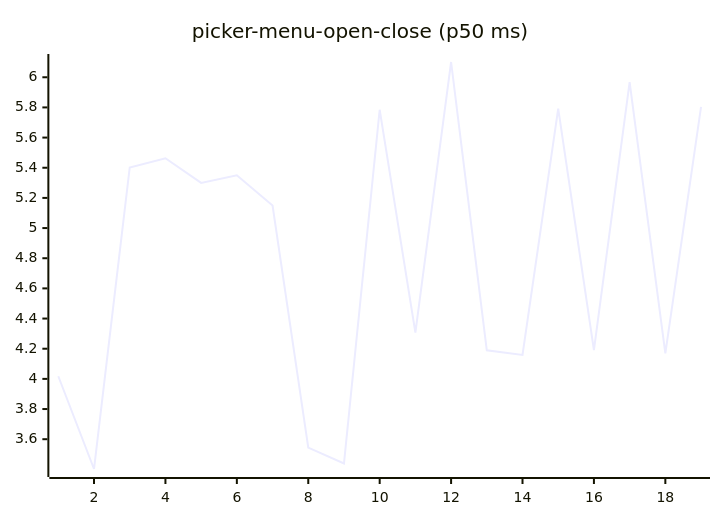
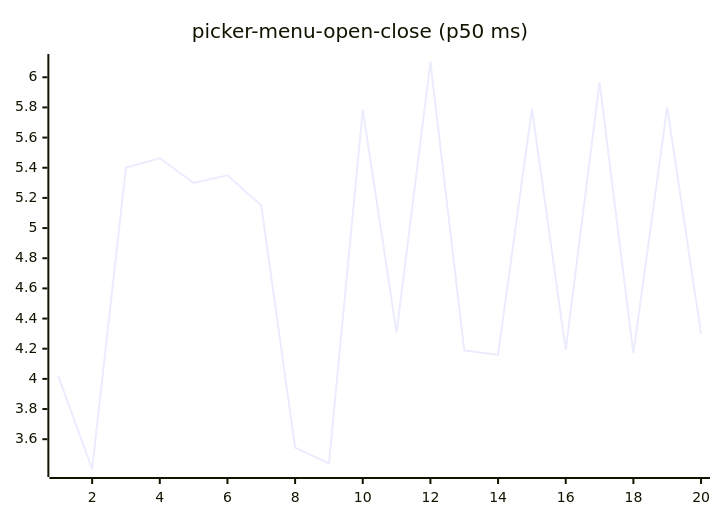
Diagram 16 of 27 in README.md (josha/Facet), drawn with Mermaid before and after one commit. The commit also changed other lines of this file and 2 other files, not shown here.

````diff
--- a/README.md
+++ b/README.md
@@ -168,6 +168,6 @@
 ```mermaid
 xychart-beta
     title "picker-menu-open-close (p50 ms)"
-    x-axis 1 --> 19
-    line [4.0174, 3.4024, 5.4017, 5.4631, 5.2994, 5.3502, 5.1493, 3.5447, 3.4388, 5.7846, 4.3066, 6.1012, 4.1897, 4.1591, 5.7919, 4.1912, 5.9674, 4.1698, 5.8037]
+    x-axis 1 --> 20
+    line [4.0174, 3.4024, 5.4017, 5.4631, 5.2994, 5.3502, 5.1493, 3.5447, 3.4388, 5.7846, 4.3066, 6.1012, 4.1897, 4.1591, 5.7919, 4.1912, 5.9674, 4.1698, 5.8037, 4.2981]
 ```
````
